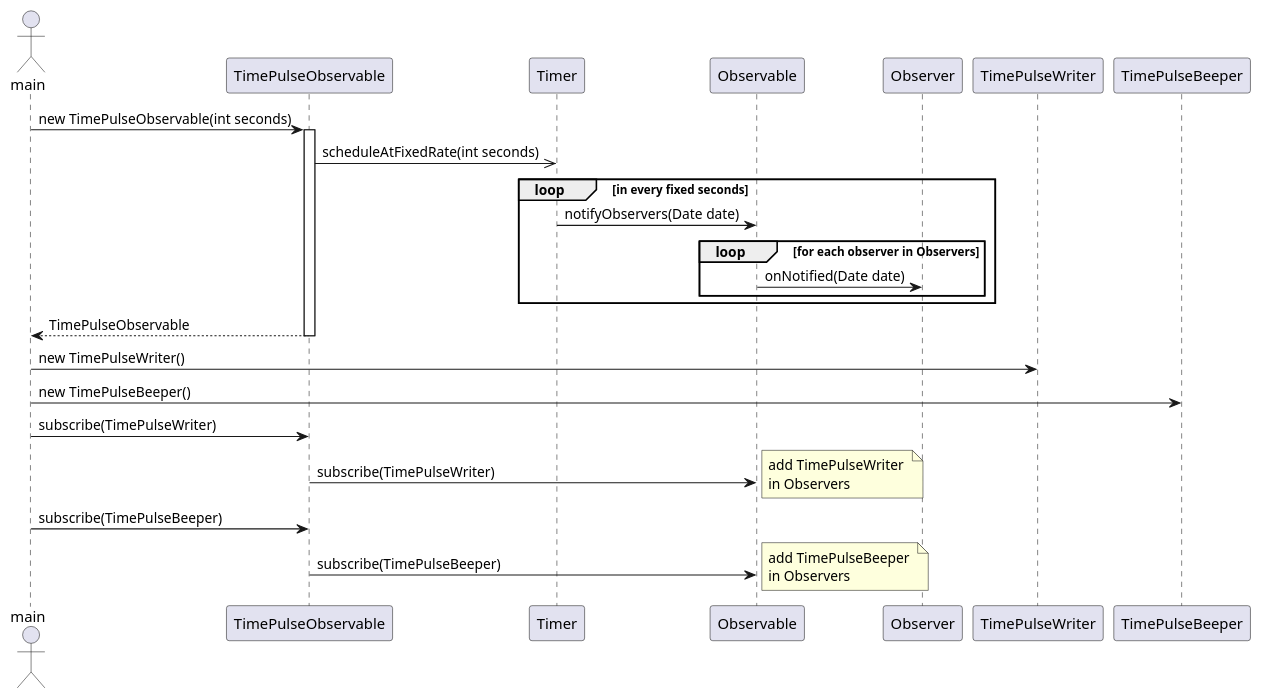
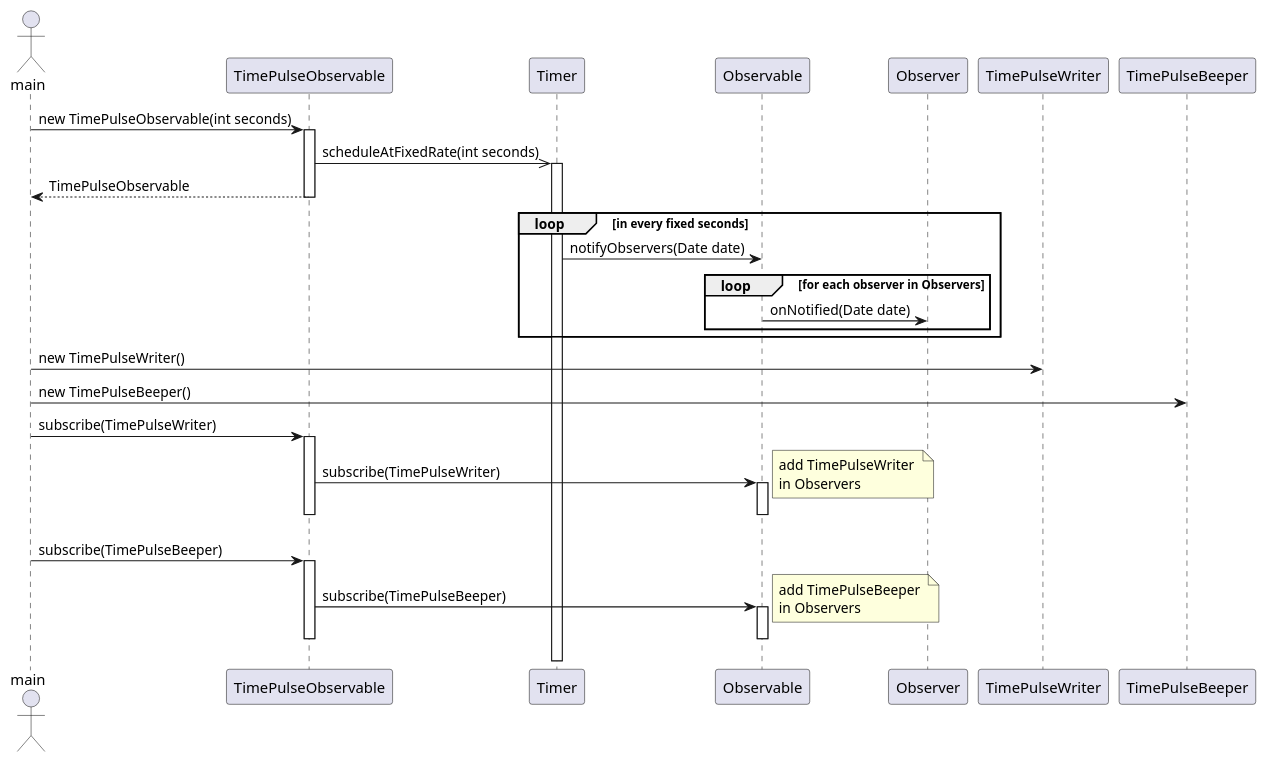
One commit to BeqaKhaburdzania/FreeUni-SDP-2013-Lab-UML changed the diagram in Observer/ObserverSequenceDiagram.puml. Above: the diagram before and after it, drawn with PlantUML.

Commit message:
#19 finished uml diagrams

```diff
--- a/Observer/ObserverSequenceDiagram.puml
+++ b/Observer/ObserverSequenceDiagram.puml
@@ -1,24 +1,37 @@
 @startuml
-	actor main
+    actor main
     main -> TimePulseObservable: new TimePulseObservable(int seconds)
     activate TimePulseObservable
     TimePulseObservable ->> Timer: scheduleAtFixedRate(int seconds) 
+    activate Timer
+    TimePulseObservable --> main : TimePulseObservable
+    deactivate TimePulseObservable
+     
     loop in every fixed seconds
 		Timer -> Observable: notifyObservers(Date date)
 		loop for each observer in Observers
 			Observable -> Observer: onNotified(Date date)
 		end
 	end
- 	TimePulseObservable --> main : TimePulseObservable 
- 	deactivate TimePulseObservable
- 	
+	 	
     main -> TimePulseWriter: new TimePulseWriter()
     main -> TimePulseBeeper: new TimePulseBeeper()
      
     main -> TimePulseObservable: subscribe(TimePulseWriter)
+    
+    activate TimePulseObservable
     TimePulseObservable -> Observable: subscribe(TimePulseWriter)
+    activate Observable
+    deactivate Observable
+    deactivate TimePulseObservable
     note right : add TimePulseWriter \nin Observers
+    
     main -> TimePulseObservable: subscribe(TimePulseBeeper)
+    
+    activate TimePulseObservable
     TimePulseObservable -> Observable: subscribe(TimePulseBeeper)
+    activate Observable
+    deactivate Observable
+    deactivate TimePulseObservable
     note right : add TimePulseBeeper \nin Observers
  @enduml
```
